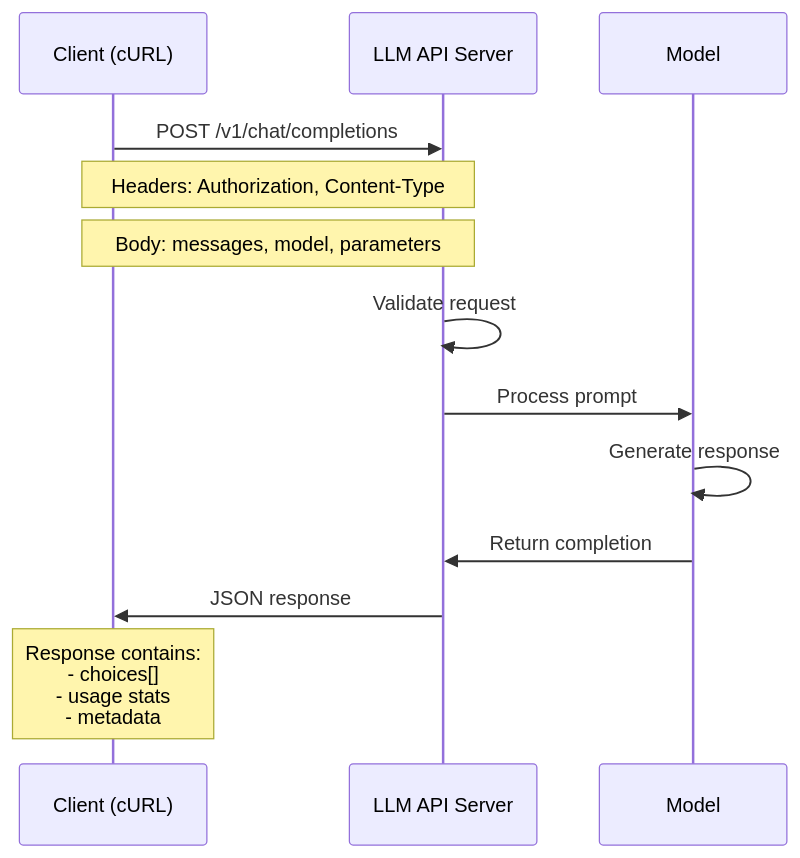
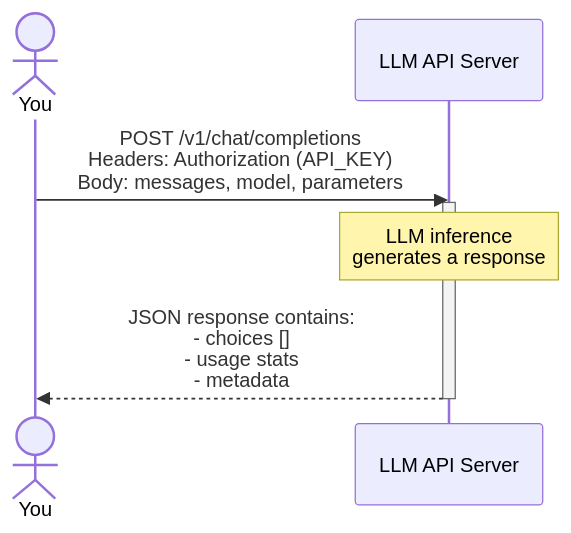
Before and after one commit to NYU-RTS/llm-forc: the diagram in presentation/slides.md, drawn with Mermaid. The commit also changed other lines of this file and 1 other file, not shown here.

````diff
--- a/presentation/slides.md
+++ b/presentation/slides.md
@@ -232,18 +238,12 @@
-```mermaid {theme: 'dark', scale: 0.5}
+```mermaid {scale: 0.75}
 sequenceDiagram
-    participant C as Client (cURL)
-    participant API as LLM API Server
-    participant M as Model
+    actor U as You
+    participant Server as LLM API Server
 
-    C->>API: POST /v1/chat/completions
-    Note over C,API: Headers: Authorization, Content-Type
-    Note over C,API: Body: messages, model, parameters
+    U->>Server: POST /v1/chat/completions <br/> Headers: Authorization (API_KEY)<br/>Body: messages, model, parameters
+    activate Server
+    Note over Server: LLM inference  <br/> generates a response
+    Server-->>U: JSON response contains:<br/>- choices []<br/>- usage stats<br/>- metadata
+    deactivate Server
 
-    API->>API: Validate request
-    API->>M: Process prompt
-    M->>M: Generate response
-    M->>API: Return completion
-    API->>C: JSON response
-
-    Note over C: Response contains:<br/>- choices[]<br/>- usage stats<br/>- metadata
 ```
````
